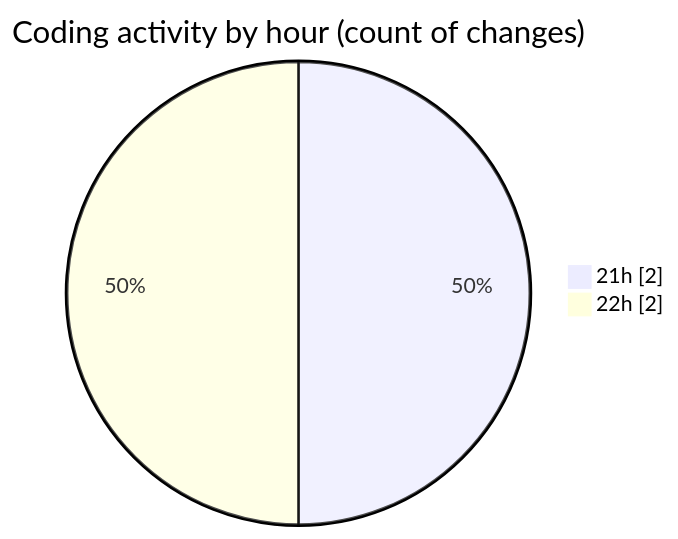
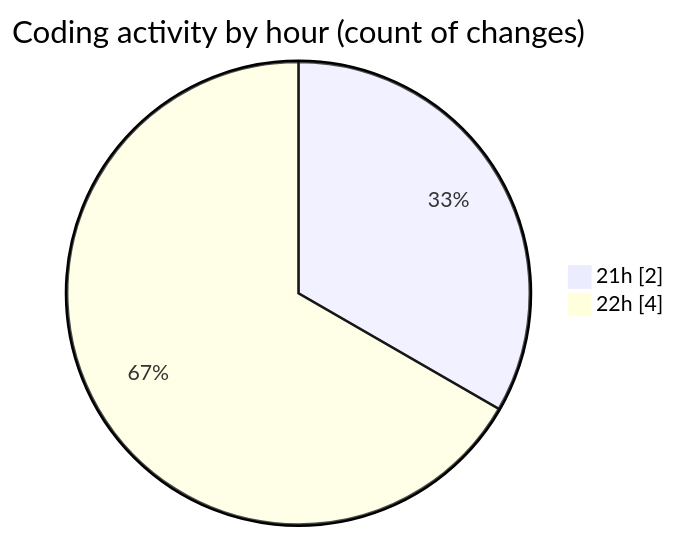
The second of 2 diagrams in 2025-08-07/studybuddy/README.md (lephambinh05/code-tracking), drawn with Mermaid before and after one commit. The commit also changed other lines of this file and 1 other file, not shown here.

````diff
--- a/2025-08-07/studybuddy/README.md
+++ b/2025-08-07/studybuddy/README.md
@@ -30,6 +31,6 @@
 ```mermaid
 pie showData
 title Coding activity by hour (count of changes)
 "21h" : 2
-"22h" : 2
+"22h" : 4
 ```
````
